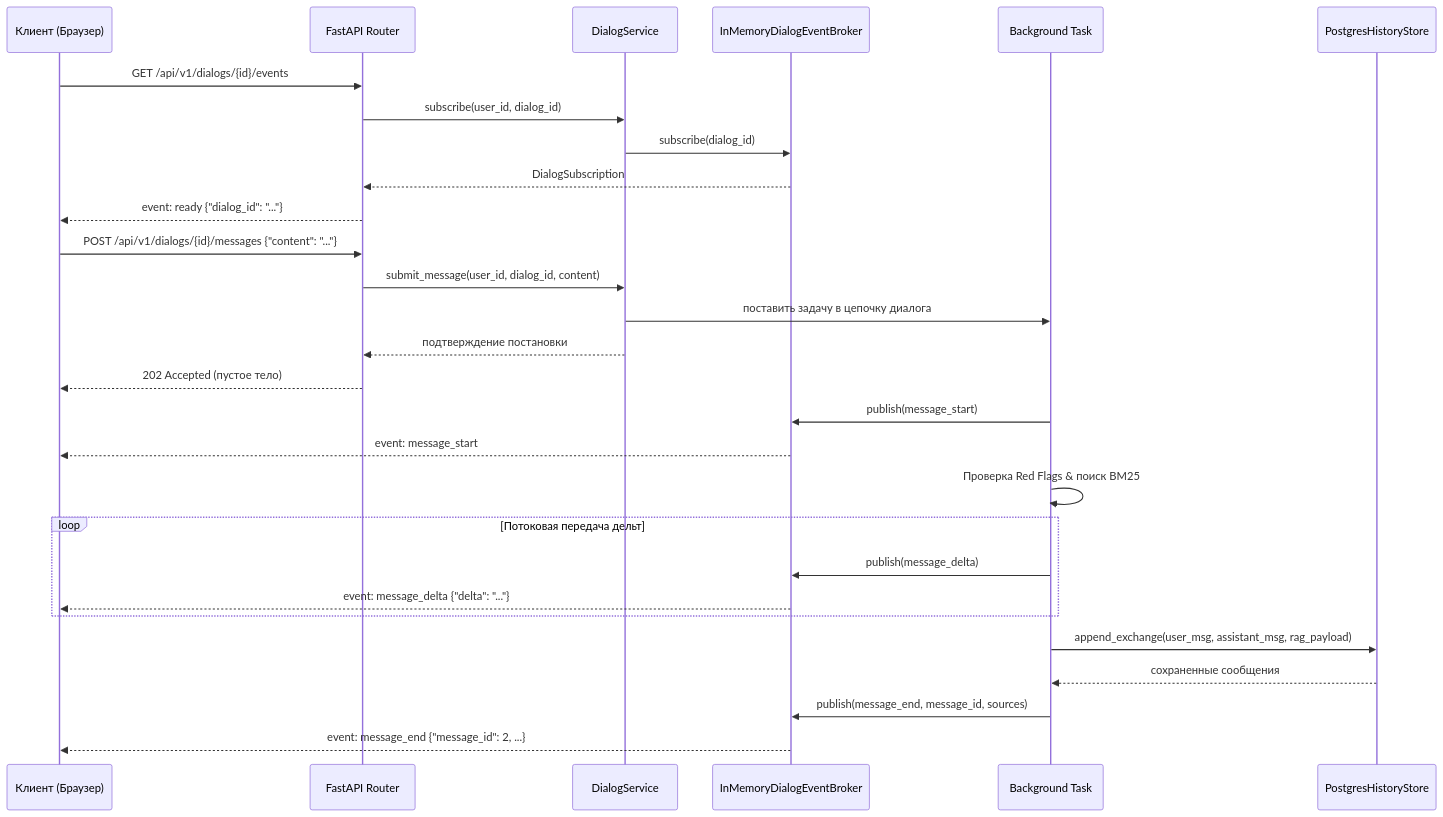
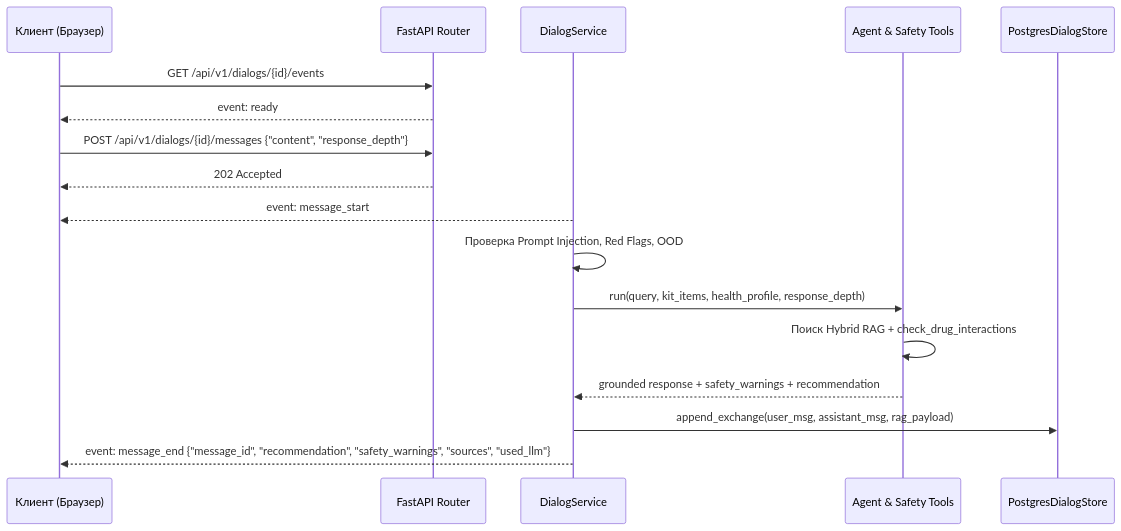
One commit to JavyBinary/smart-first-aid-kit changed the second of 2 diagrams in docs/dialogs.md. Above: the diagram before and after it, drawn with Mermaid. The commit also changed other lines of this file and 88 other files, not shown here.

Commit message:
feat(kt2): implement SDD 024-026 hybrid RAG, LiteLLM agent safety, Redis security, Admin 2.0 and full frontend sync

````diff
--- a/docs/dialogs.md
+++ b/docs/dialogs.md
@@ -34,36 +28,22 @@
 ```mermaid
 sequenceDiagram
     participant Client as Клиент (Браузер)
     participant API as FastAPI Router
     participant Service as DialogService
-    participant Broker as InMemoryDialogEventBroker
-    participant Worker as Background Task
-    participant DB as PostgresHistoryStore
+    participant Agent as Agent & Safety Tools
+    participant DB as PostgresDialogStore
 
     Client->>API: GET /api/v1/dialogs/{id}/events
-    API->>Service: subscribe(user_id, dialog_id)
-    Service->>Broker: subscribe(dialog_id)
-    Broker-->>API: DialogSubscription
-    API-->>Client: event: ready {"dialog_id": "..."}
+    API-->>Client: event: ready
 
-    Client->>API: POST /api/v1/dialogs/{id}/messages {"content": "..."}
-    API->>Service: submit_message(user_id, dialog_id, content)
-    Service->>Worker: поставить задачу в цепочку диалога
-    Service-->>API: подтверждение постановки
-    API-->>Client: 202 Accepted (пустое тело)
+    Client->>API: POST /api/v1/dialogs/{id}/messages {"content", "response_depth"}
+    API-->>Client: 202 Accepted
 
-    Worker->>Broker: publish(message_start)
-    Broker-->>Client: event: message_start
-
-    Worker->>Worker: Проверка Red Flags & поиск BM25
-    loop Потоковая передача дельт
-        Worker->>Broker: publish(message_delta)
-        Broker-->>Client: event: message_delta {"delta": "..."}
-    end
-
-    Worker->>DB: append_exchange(user_msg, assistant_msg, rag_payload)
-    DB-->>Worker: сохраненные сообщения
-
-    Worker->>Broker: publish(message_end, message_id, sources)
-    Broker-->>Client: event: message_end {"message_id": 2, ...}
+    Service-->>Client: event: message_start
+    Service->>Service: Проверка Prompt Injection, Red Flags, OOD
+    Service->>Agent: run(query, kit_items, health_profile, response_depth)
+    Agent->>Agent: Поиск Hybrid RAG + check_drug_interactions
+    Agent-->>Service: grounded response + safety_warnings + recommendation
+    Service->>DB: append_exchange(user_msg, assistant_msg, rag_payload)
+    Service-->>Client: event: message_end {"message_id", "recommendation", "safety_warnings", "sources", "used_llm"}
 ```
````
